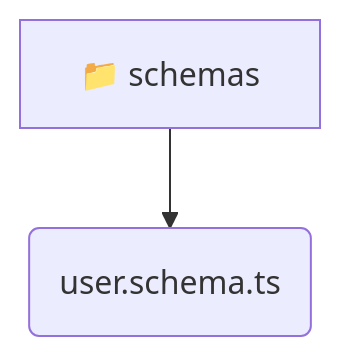
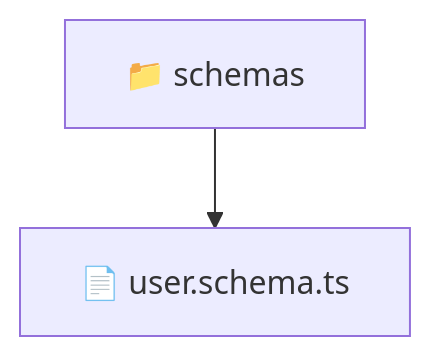
Before and after one commit to beginwebdev2002/fullstack-mavluda: the diagram in backend/src/modules/user/infrastructure/schemas/README.md, drawn with Mermaid. The commit also changed other lines of this file and 163 other files, not shown here.

````diff
--- a/backend/src/modules/user/infrastructure/schemas/README.md
+++ b/backend/src/modules/user/infrastructure/schemas/README.md
@@ -9,5 +10,5 @@
 ```mermaid
 graph TD
-  schemas[📁 schemas]
-  schemas --> schemas_user_schema_ts(user.schema.ts)
+  Root["📁 schemas"]
+  Root --> userschemats["📄 user.schema.ts"]
 ```
````
